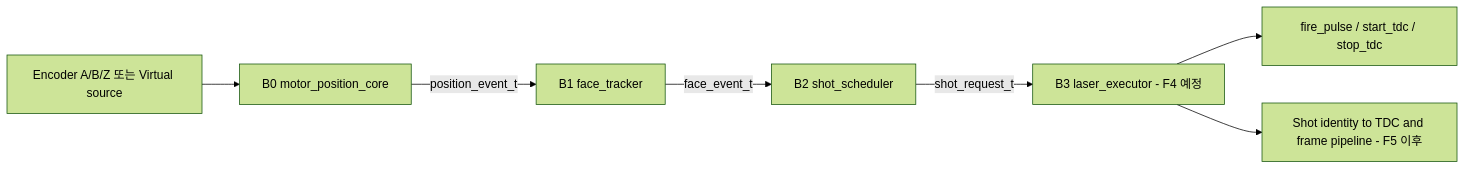
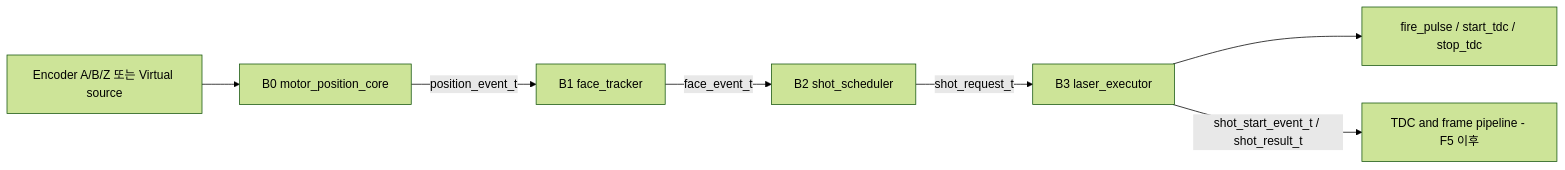
Before and after one commit to haneulia/tdc_gpx_ctrl: the first of 6 diagrams in system_integration/v2_architecture/V2_PROCESSING_PIPELINE_INTEGRATION_GUIDE.md, drawn with Mermaid (forest theme). The commit also changed other lines of this file and 18 other files, not shown here.

Commit message:
feat: implement v2 laser executor boundary

````diff
--- a/system_integration/v2_architecture/V2_PROCESSING_PIPELINE_INTEGRATION_GUIDE.md
+++ b/system_integration/v2_architecture/V2_PROCESSING_PIPELINE_INTEGRATION_GUIDE.md
@@ -37,9 +37,9 @@
 ```mermaid
 flowchart LR
     A["Encoder A/B/Z 또는 Virtual source"] --> B["B0 motor_position_core"]
     B -->|"position_event_t"| C["B1 face_tracker"]
     C -->|"face_event_t"| D["B2 shot_scheduler"]
-    D -->|"shot_request_t"| E["B3 laser_executor - F4 예정"]
+    D -->|"shot_request_t"| E["B3 laser_executor"]
     E --> F["fire_pulse / start_tdc / stop_tdc"]
-    E --> G["Shot identity to TDC and frame pipeline - F5 이후"]
+    E -->|"shot_start_event_t / shot_result_t"| G["TDC and frame pipeline - F5 이후"]
 ```
````
